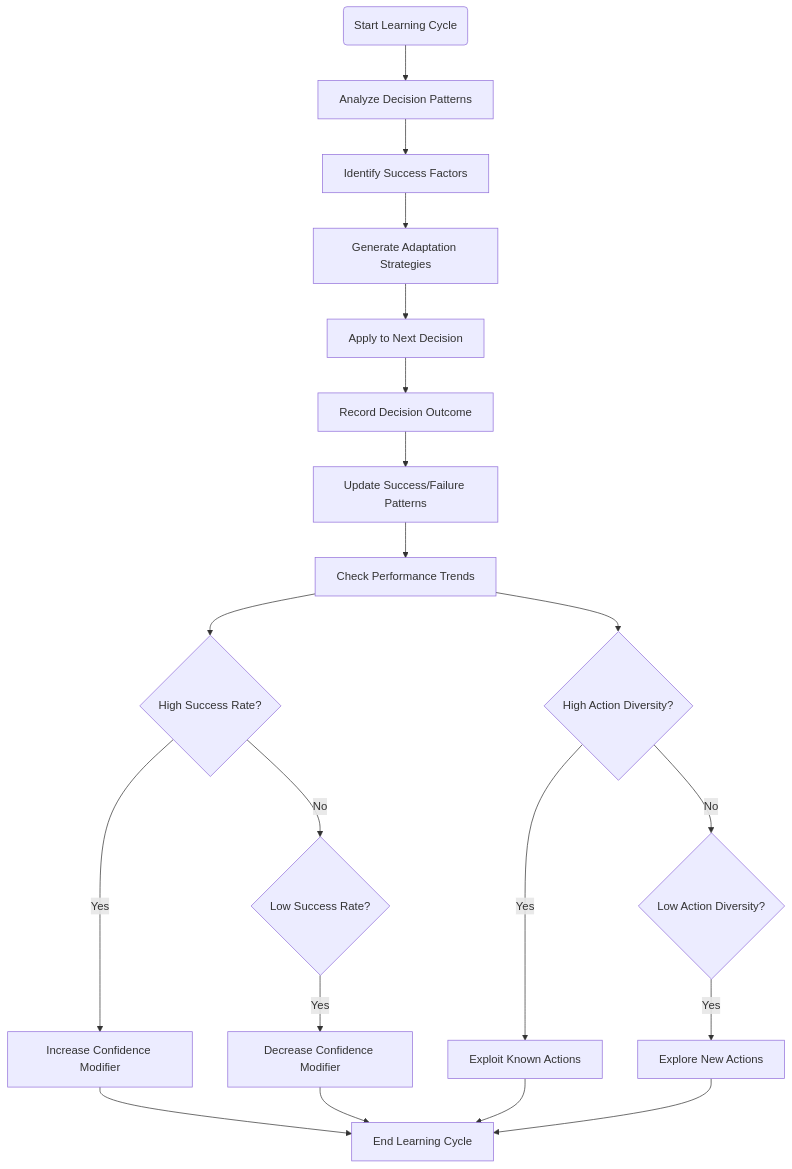
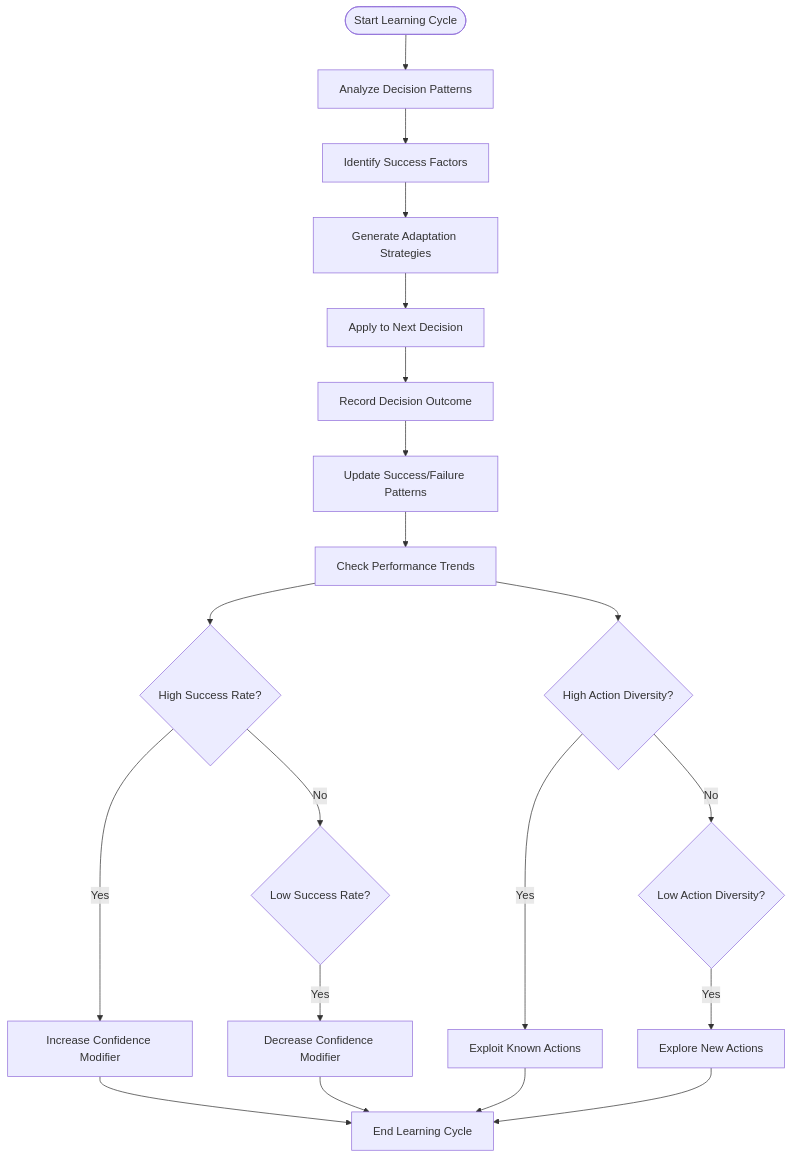
One commit to Likhithsai2580/RAVANA-WIKI changed the seventh of 17 diagrams in docs/Core System/AGISystem Orchestration.md. Above: the diagram before and after it, drawn with Mermaid. The commit also changed other lines of this file and 78 other files, not shown here.

````diff
--- a/docs/Core System/AGISystem Orchestration.md
+++ b/docs/Core System/AGISystem Orchestration.md
@@ -437,23 +431,22 @@
 ```mermaid
 flowchart TD
-Start("Start Learning Cycle") --> AnalyzePatterns["Analyze Decision Patterns"]
+Start([Start Learning Cycle]) --> AnalyzePatterns["Analyze Decision Patterns"]
 AnalyzePatterns --> IdentifyFactors["Identify Success Factors"]
 IdentifyFactors --> GenerateStrategies["Generate Adaptation Strategies"]
 GenerateStrategies --> ApplyToDecision["Apply to Next Decision"]
 ApplyToDecision --> RecordOutcome["Record Decision Outcome"]
 RecordOutcome --> UpdatePatterns["Update Success/Failure Patterns"]
 UpdatePatterns --> CheckPerformance["Check Performance Trends"]
 CheckPerformance --> HighPerformance{High Success Rate?}
 HighPerformance --> |Yes| IncreaseConfidence["Increase Confidence Modifier"]
 HighPerformance --> |No| LowPerformance{Low Success Rate?}
 LowPerformance --> |Yes| DecreaseConfidence["Decrease Confidence Modifier"]
 CheckPerformance --> HighDiversity{High Action Diversity?}
 HighDiversity --> |Yes| ExploitKnown["Exploit Known Actions"]
 HighDiversity --> |No| LowDiversity{Low Action Diversity?}
 LowDiversity --> |Yes| ExploreNew["Explore New Actions"]
 IncreaseConfidence --> EndCycle["End Learning Cycle"]
 DecreaseConfidence --> EndCycle
 ExploitKnown --> EndCycle
 ExploreNew --> EndCycle
-
 ```
````
